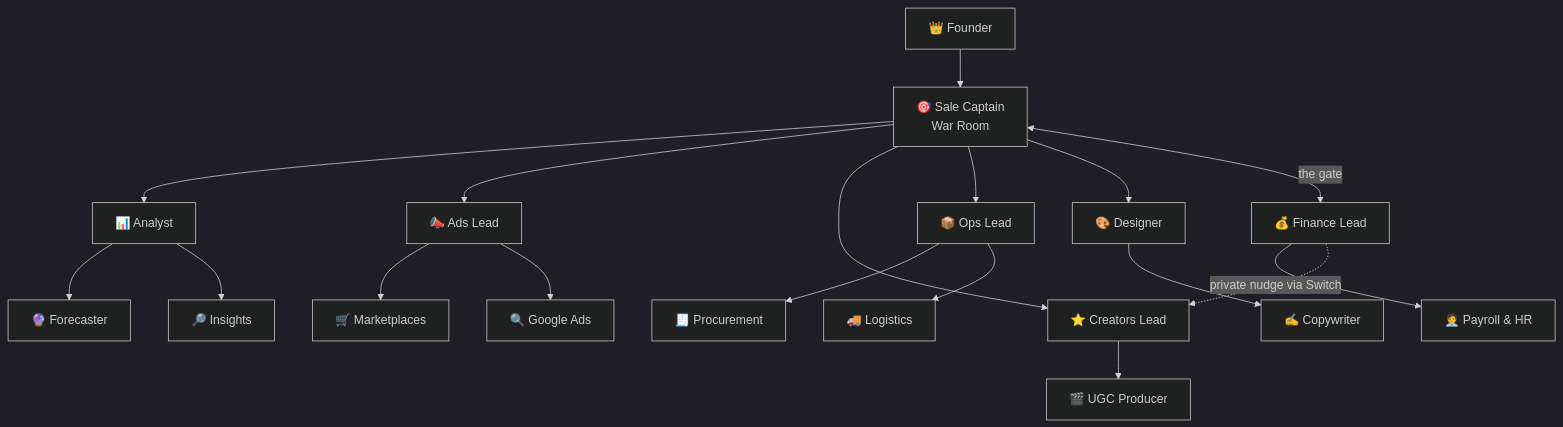
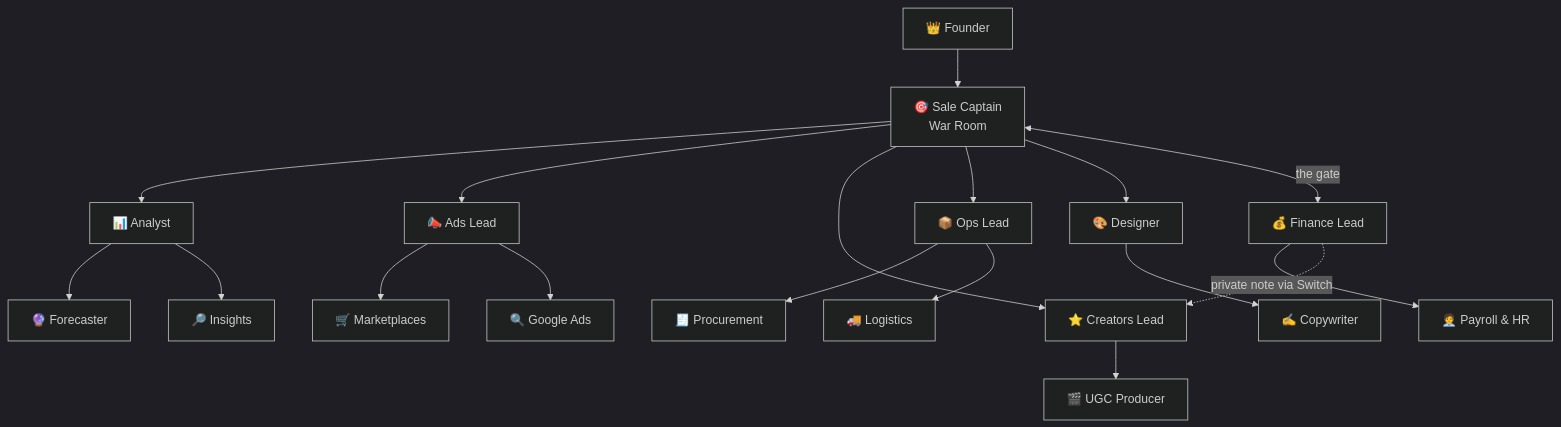
Before and after one commit to SnehalSrivastava27/kratos: the diagram in README.md, drawn with Mermaid (dark theme). The commit also changed other lines of this file and 104 other files, not shown here.

````diff
--- a/README.md
+++ b/README.md
@@ -57,13 +42,13 @@
 ```mermaid
 flowchart TD
   F[👑 Founder] --> C[🎯 Sale Captain<br/>War Room]
   C --> AN[📊 Analyst] & AD[📣 Ads Lead] & CR[⭐ Creators Lead] & OP[📦 Ops Lead] & DE[🎨 Designer]
   C <-->|the gate| FI[💰 Finance Lead]
   AN --> FO[🔮 Forecaster] & IN[🔎 Insights]
   AD --> MP[🛒 Marketplaces] & GO[🔍 Google Ads]
   CR --> UG[🎬 UGC Producer]
   OP --> PR[🧾 Procurement] & LO[🚚 Logistics]
   DE --> CW[✍️ Copywriter]
   FI --> PA[🧑‍💼 Payroll & HR]
-  FI -.->|private nudge via Switch| CR
+  FI -.->|private note via Switch| CR
 ```
````
